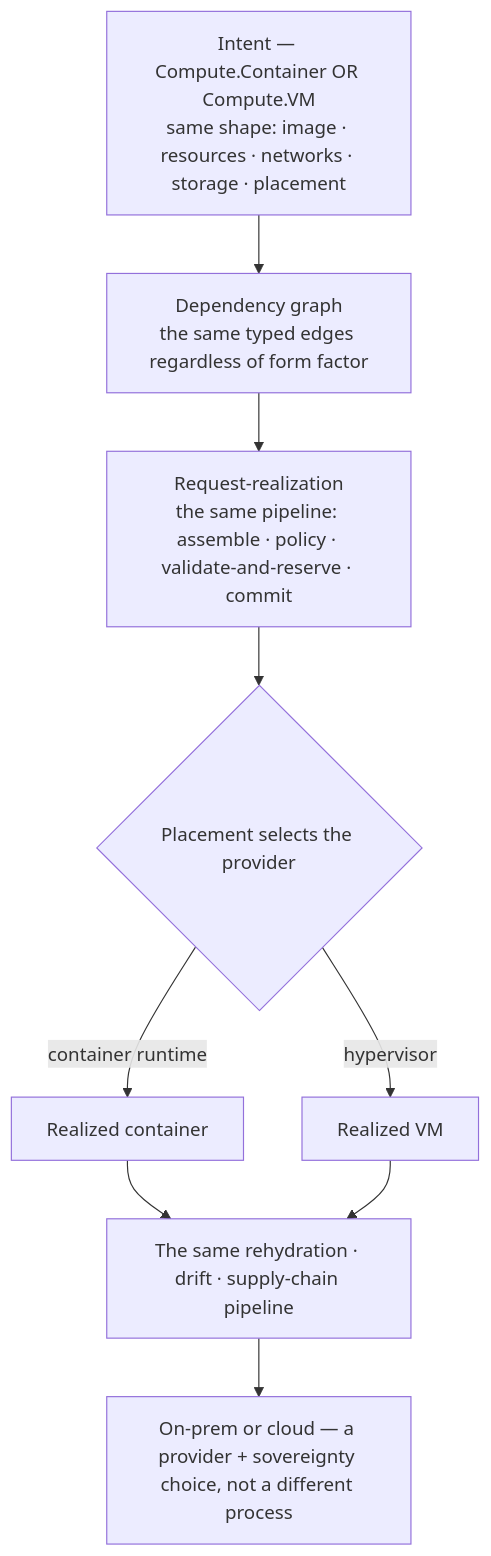
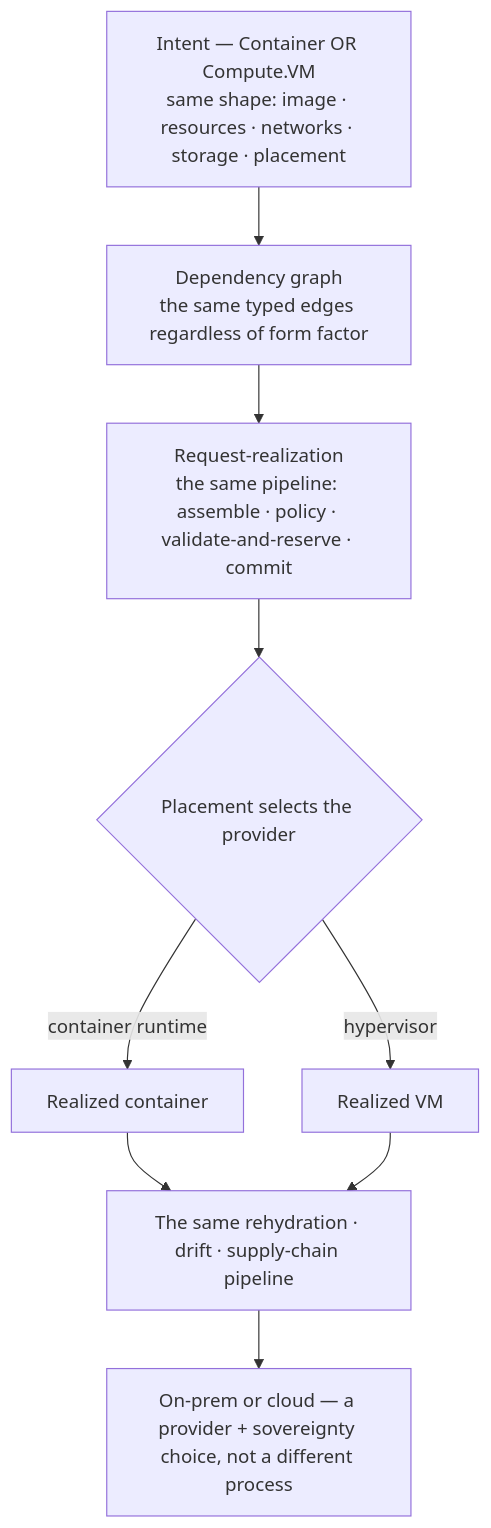
Before and after one commit to croadfeldt/udlm: the diagram in docs/flows/container-lifecycle-uniformity.md, drawn with Mermaid. The commit also changed other lines of this file and 52 other files, not shown here.

````diff
--- a/docs/flows/container-lifecycle-uniformity.md
+++ b/docs/flows/container-lifecycle-uniformity.md
@@ -21,11 +21,11 @@
 ```mermaid
 flowchart TD
-  INT["Intent — Compute.Container OR Compute.VM<br/>same shape: image · resources · networks · storage · placement"] --> GRAPH["Dependency graph<br/>the same typed edges regardless of form factor"]
+  INT["Intent — Container OR Compute.VM<br/>same shape: image · resources · networks · storage · placement"] --> GRAPH["Dependency graph<br/>the same typed edges regardless of form factor"]
   GRAPH --> PIPE["Request-realization<br/>the same pipeline: assemble · policy · validate-and-reserve · commit"]
   PIPE --> PROV{"Placement selects the provider"}
   PROV -->|container runtime| CONT["Realized container"]
   PROV -->|hypervisor| VMR["Realized VM"]
   CONT --> UNI["The same rehydration · drift · supply-chain pipeline"]
   VMR --> UNI
   UNI --> LOC["On-prem or cloud — a provider + sovereignty choice, not a different process"]
 ```
````
